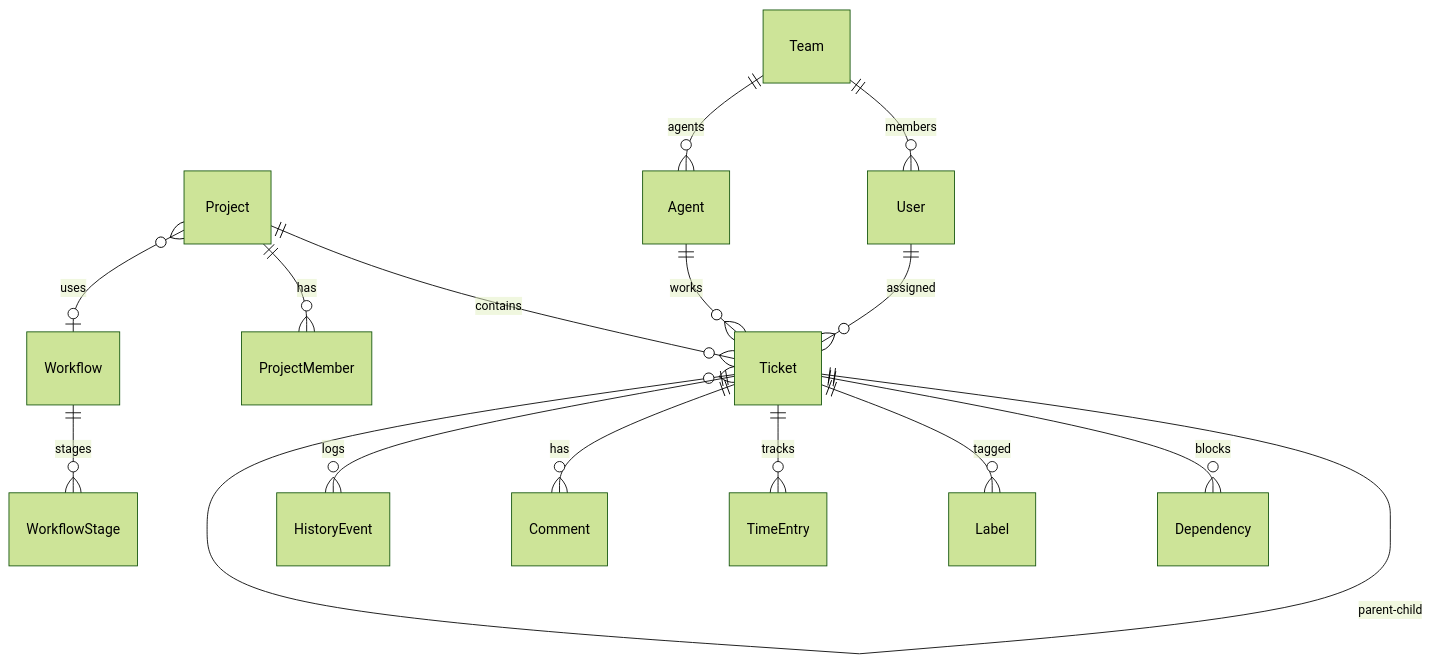
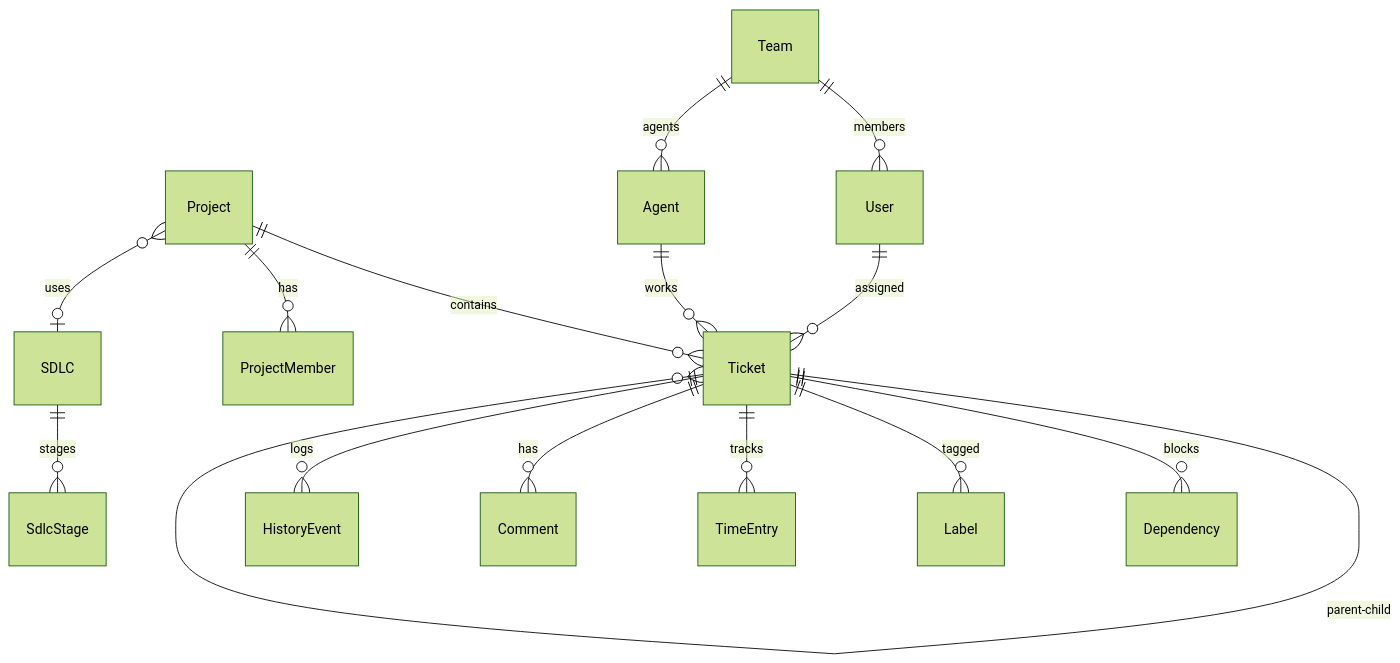
Before and after one commit to simonski/ticket: the third of 9 diagrams in README.md, drawn with Mermaid (forest theme). The commit also changed other lines of this file and 64 other files, not shown here.

First line of the commit message:
Phase 1: Rename workflow to sdlc throughout codebase

````diff
--- a/README.md
+++ b/README.md
@@ -255,17 +255,17 @@
 ```mermaid
 erDiagram
     Project ||--o{ Ticket : contains
     Project ||--o{ ProjectMember : has
-    Project }o--o| Workflow : uses
+    Project }o--o| SDLC : uses
     Ticket ||--o{ Ticket : "parent-child"
     Ticket ||--o{ Dependency : blocks
     Ticket ||--o{ Label : tagged
     Ticket ||--o{ TimeEntry : tracks
     Ticket ||--o{ Comment : has
     Ticket ||--o{ HistoryEvent : logs
     Team ||--o{ User : members
     Team ||--o{ Agent : agents
-    Workflow ||--o{ WorkflowStage : stages
+    SDLC ||--o{ SdlcStage : stages
     User ||--o{ Ticket : assigned
     Agent ||--o{ Ticket : works
 ```
````
